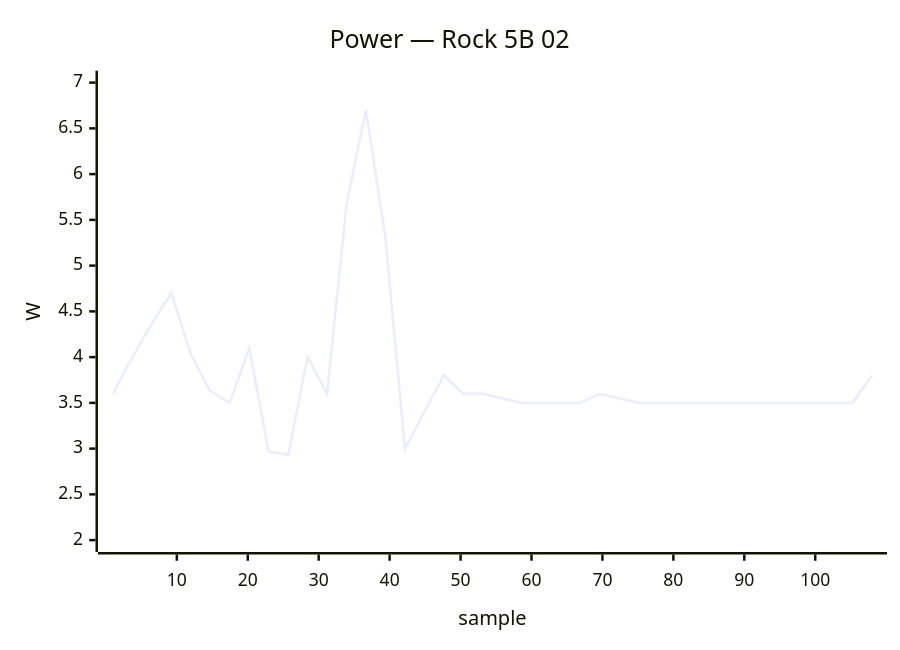
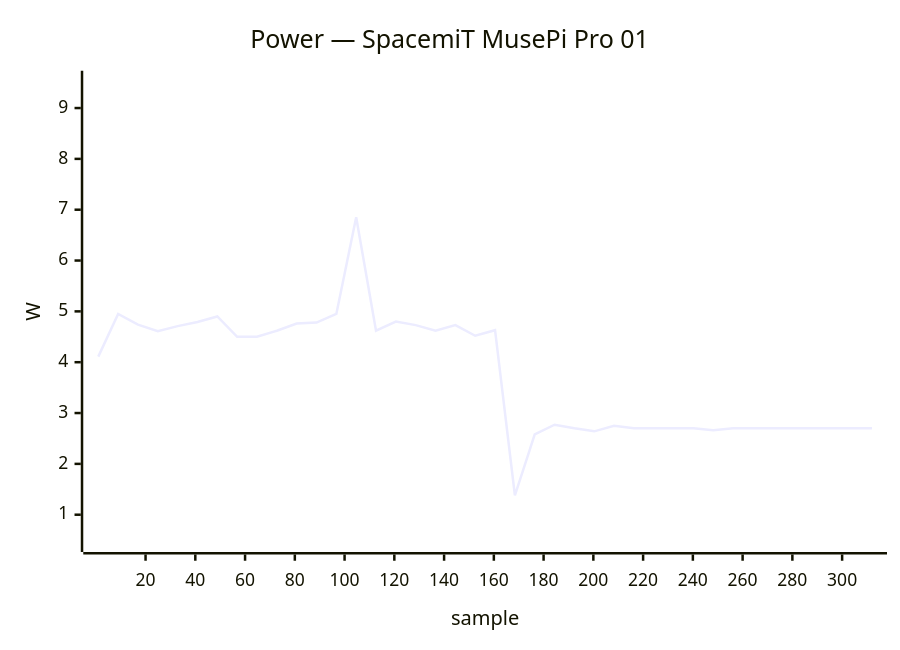
One commit to armbian/documentation changed diagram 15 of 34 in docs/status/board-tests.md. Above: the diagram before and after it, drawn with Mermaid. The commit also changed other lines of this file, not shown here.

````diff
--- a/docs/status/board-tests.md
+++ b/docs/status/board-tests.md
@@ -816,7 +782,7 @@
 ```mermaid
 xychart-beta
-    title "Power — Rock 5B 02"
-    x-axis "sample" 1 --> 108
-    y-axis "W" 2.0 --> 7.0
-    line [3.60, 4.00, 4.37, 4.70, 4.03, 3.63, 3.50, 4.10, 2.97, 2.93, 4.00, 3.60, 5.67, 6.70, 5.30, 3.00, 3.40, 3.80, 3.60, 3.60, 3.55, 3.50, 3.50, 3.50, 3.50, 3.60, 3.55, 3.50, 3.50, 3.50, 3.50, 3.50, 3.50, 3.50, 3.50, 3.50, 3.50, 3.50, 3.50, 3.80]
+    title "Power — SpacemiT MusePi Pro 01"
+    x-axis "sample" 1 --> 312
+    y-axis "W" 0.5 --> 9.5
+    line [4.11, 4.95, 4.74, 4.61, 4.71, 4.79, 4.90, 4.50, 4.50, 4.62, 4.76, 4.78, 4.95, 6.85, 4.62, 4.80, 4.73, 4.62, 4.73, 4.52, 4.63, 1.38, 2.58, 2.77, 2.70, 2.64, 2.75, 2.70, 2.70, 2.70, 2.70, 2.66, 2.70, 2.70, 2.70, 2.70, 2.70, 2.70, 2.70, 2.70]
 ```
````
